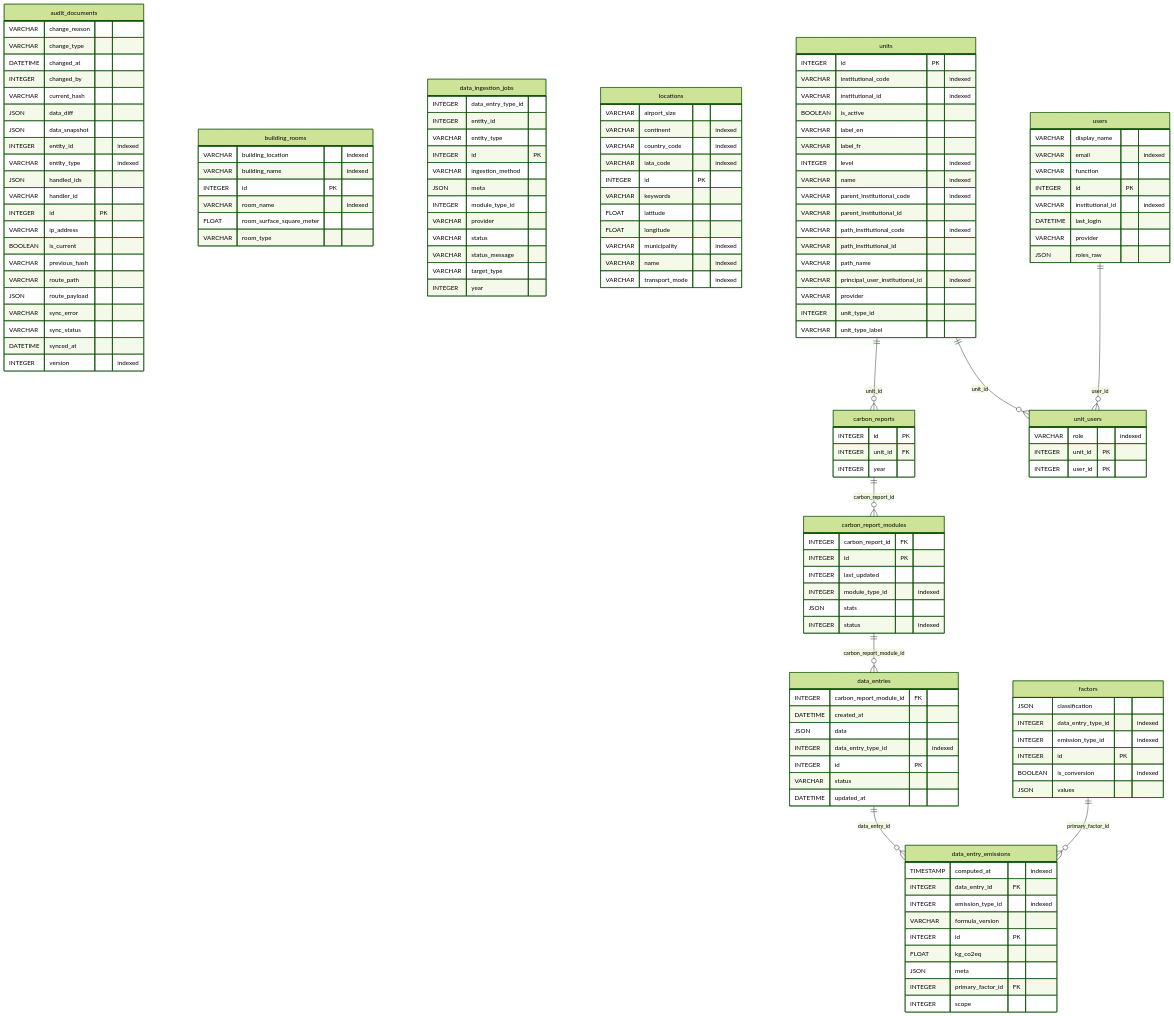
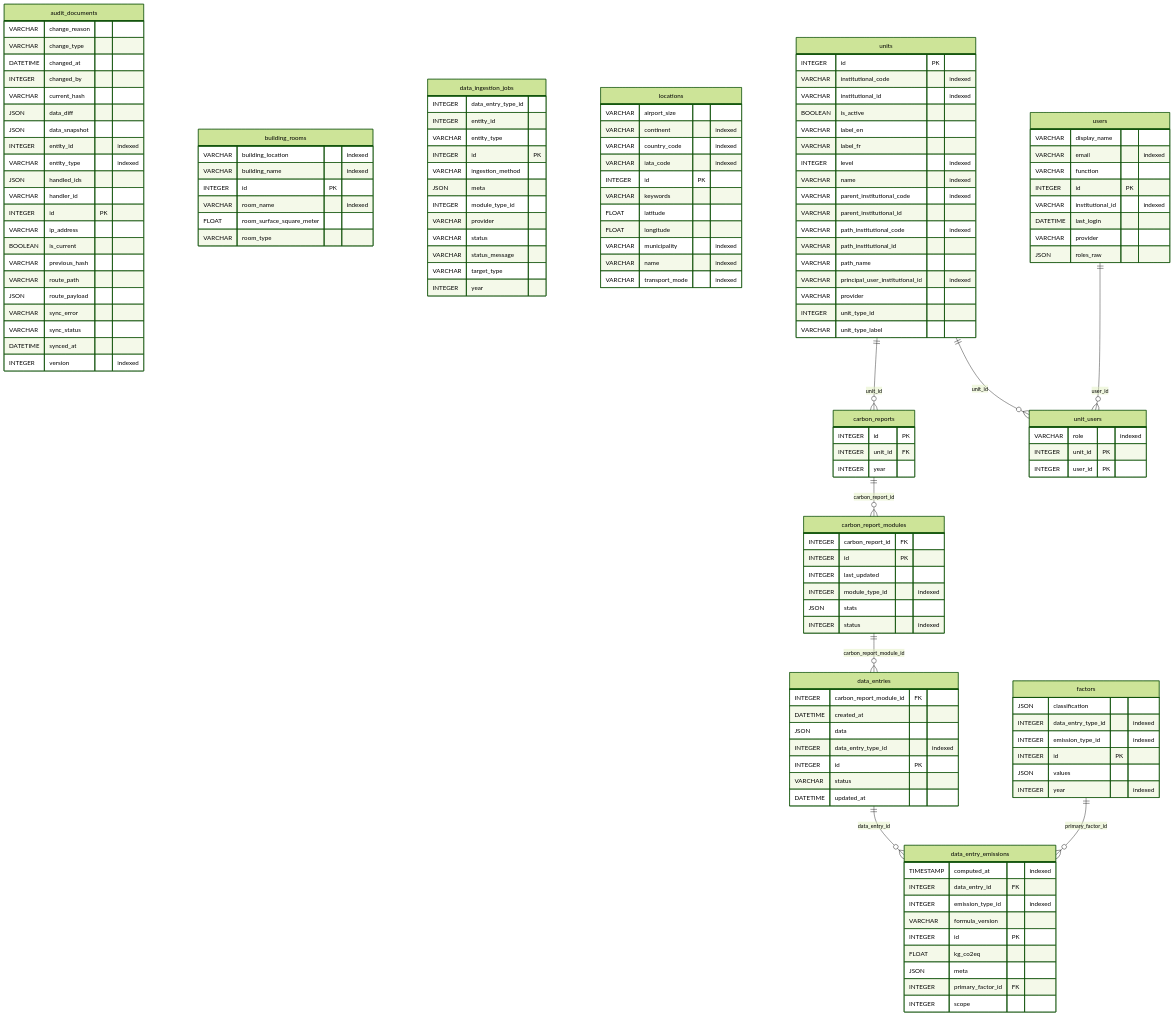
The diagram in docs/src/database/erd.md (EPFL-ENAC/co2-calculator), drawn with Mermaid (forest theme) before and after one commit. The commit also changed 45 other files, not shown here.

```diff
--- a/docs/src/database/erd.md
+++ b/docs/src/database/erd.md
@@ -85,8 +85,8 @@
     INTEGER data_entry_type_id "indexed"
     INTEGER emission_type_id "indexed"
     INTEGER id PK
-    BOOLEAN is_conversion "indexed"
     JSON values
+    INTEGER year "indexed"
   }
   locations {
     VARCHAR airport_size
```
